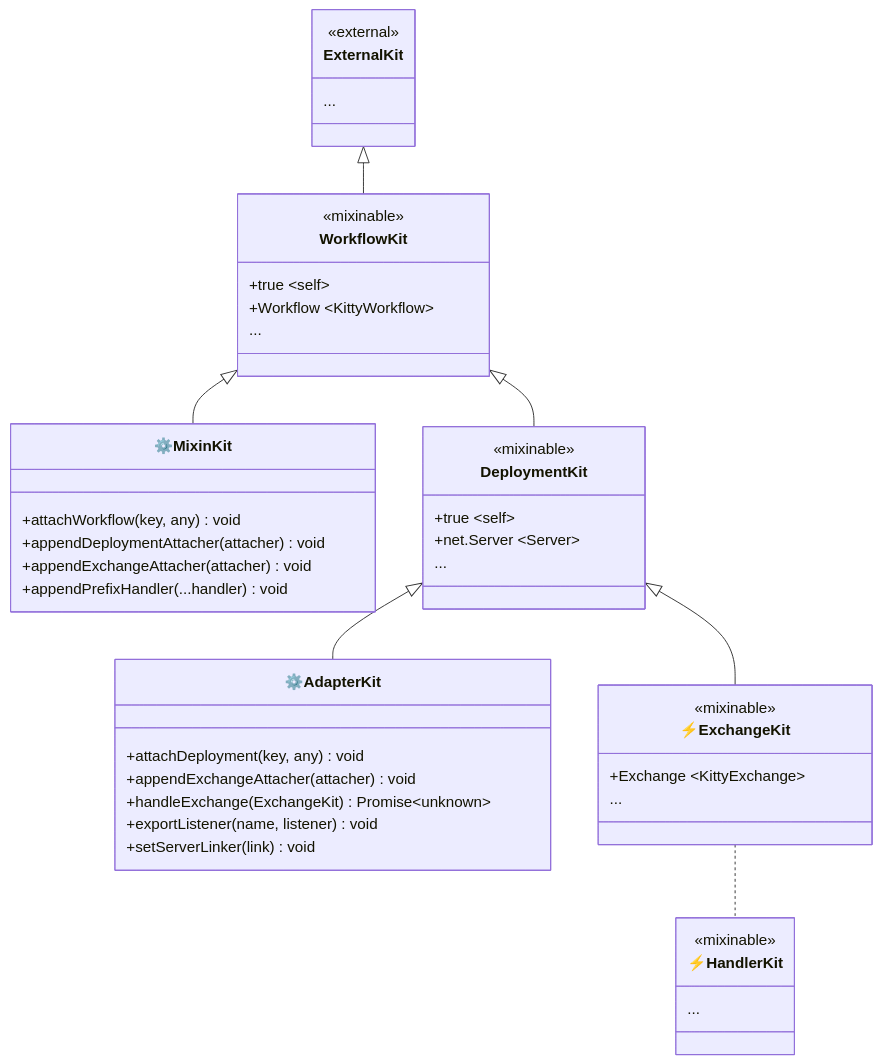
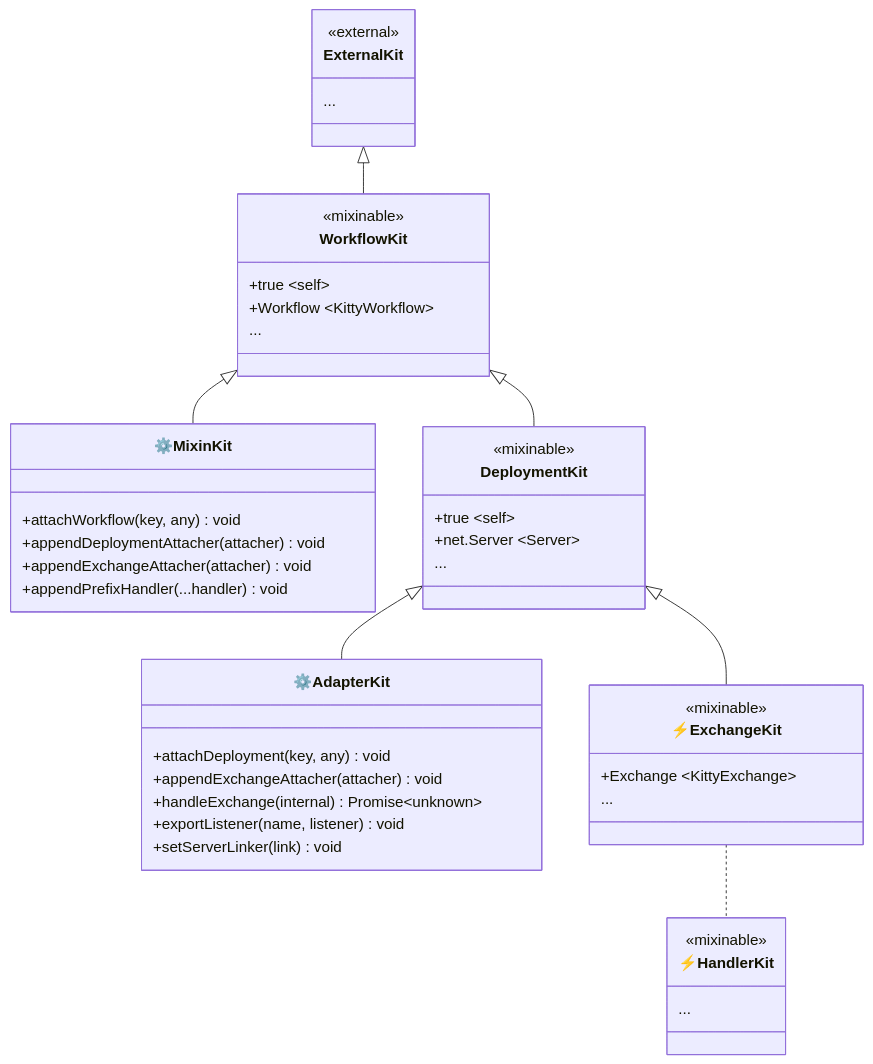
One commit to produck/kitty changed the diagram in packages/workflow/ARCHITECTURE.md. Above: the diagram before and after it, drawn with Mermaid. The commit also changed other lines of this file and 7 other files, not shown here.

````diff
--- a/packages/workflow/ARCHITECTURE.md
+++ b/packages/workflow/ARCHITECTURE.md
@@ -85,49 +85,49 @@
 ```mermaid
 classDiagram
   class ExternalKit {
     <<external>>
     ...
   }
   class WorkflowKit {
     <<mixinable>>
     +true ~self~
     +Workflow ~KittyWorkflow~
     ...
   }
   class MixinKit["⚙️MixinKit"] {
     +attachWorkflow(key, any) void
     +appendDeploymentAttacher(attacher) void
     +appendExchangeAttacher(attacher) void
     +appendPrefixHandler(...handler) void
   }
   class DeploymentKit {
     <<mixinable>>
     +true ~self~
     +net.Server ~Server~
     ...
   }
   class AdapterKit["⚙️AdapterKit"] {
     +attachDeployment(key, any) void
     +appendExchangeAttacher(attacher) void
-    +handleExchange(ExchangeKit) Promise~unknown~
+    +handleExchange(internal) Promise~unknown~
     +exportListener(name, listener) void
     +setServerLinker(link) void
   }
   class ExchangeKit["⚡ExchangeKit"] {
     <<mixinable>>
     +Exchange ~KittyExchange~
     ...
   }
   class HandlerKit["⚡HandlerKit"] {
     <<mixinable>>
     ...
   }
 
   ExternalKit <|-- WorkflowKit
   WorkflowKit <|-- MixinKit
   WorkflowKit <|-- DeploymentKit
   DeploymentKit <|-- ExchangeKit
   DeploymentKit <|-- AdapterKit
   ExchangeKit .. HandlerKit
 
 ```
````
